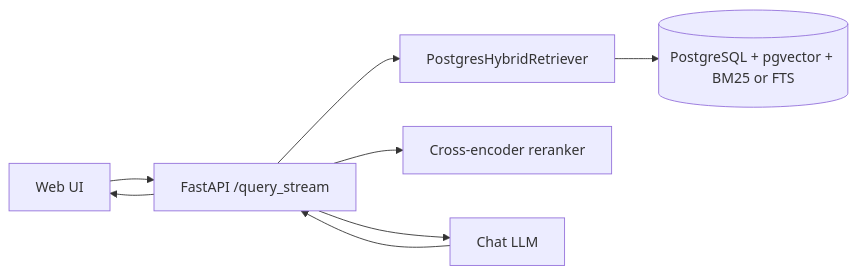
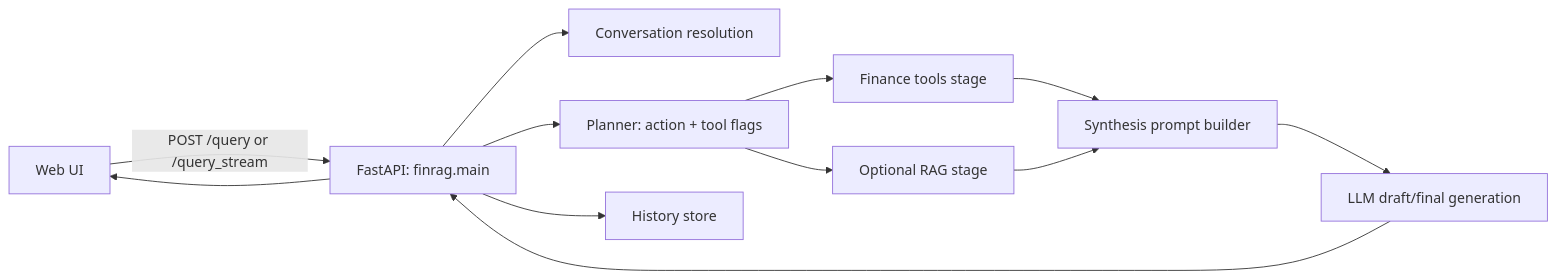
One commit to linminhtoo/andromeda changed the first of 4 diagrams in README.md. Above: the diagram before and after it, drawn with Mermaid. The commit also changed other lines of this file and 2 other files, not shown here.

````diff
--- a/README.md
+++ b/README.md
@@ -20,10 +20,14 @@
 ```mermaid
 flowchart LR
-  UI[Web UI] --> API[FastAPI /query_stream]
-  API --> RET[PostgresHybridRetriever]
-  RET --> PG[(PostgreSQL + pgvector + BM25 or FTS)]
-  API --> RER[Cross-encoder reranker]
-  API --> LLM[Chat LLM]
-  LLM --> API
-  API --> UI
+  U[Web UI] -->|POST /query or /query_stream| API[FastAPI: finrag.main]
+  API --> C[Conversation resolution]
+  API --> P[Planner: action + tool flags]
+  P --> T[Finance tools stage]
+  P --> R[Optional RAG stage]
+  T --> S[Synthesis prompt builder]
+  R --> S
+  S --> L[LLM draft/final generation]
+  L --> API
+  API --> H[History store]
+  API --> U
 ```
````
